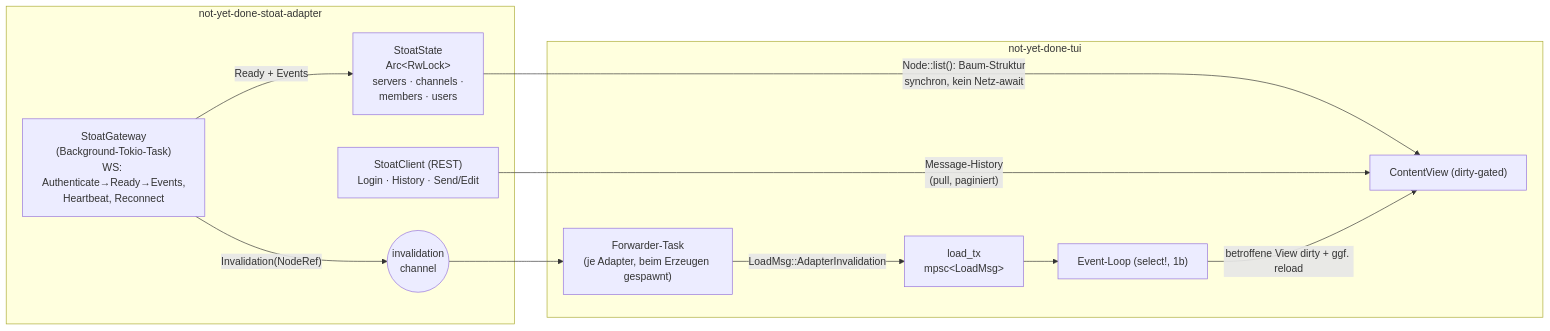
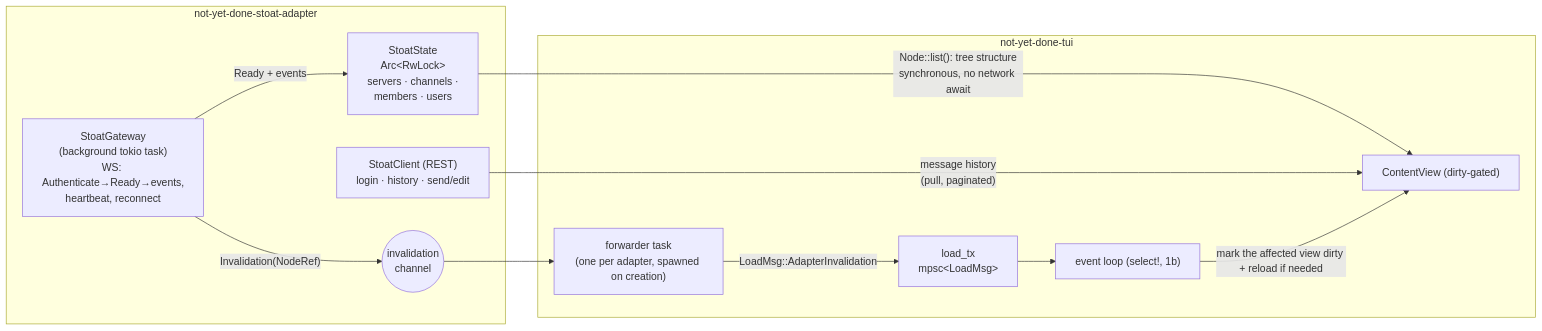
The diagram in docs/plan-stoat-adapter.md (bschnitz/not-yet-done), drawn with Mermaid before and after one commit. The commit also changed other lines of this file, not shown here.

First line of the commit message:
docs: translate the Stoat adapter plan to English

````diff
--- a/docs/plan-stoat-adapter.md
+++ b/docs/plan-stoat-adapter.md
@@ -108,24 +108,24 @@
 ```mermaid
 flowchart LR
     subgraph adapter["not-yet-done-stoat-adapter"]
-        REST["StoatClient (REST)\nLogin · History · Send/Edit"]
-        GW["StoatGateway\n(Background-Tokio-Task)\nWS: Authenticate→Ready→Events,\nHeartbeat, Reconnect"]
+        REST["StoatClient (REST)\nlogin · history · send/edit"]
+        GW["StoatGateway\n(background tokio task)\nWS: Authenticate→Ready→events,\nheartbeat, reconnect"]
         ST["StoatState\nArc&lt;RwLock&gt;\nservers · channels ·\nmembers · users"]
-        GW -->|"Ready + Events"| ST
+        GW -->|"Ready + events"| ST
         GW -->|"Invalidation(NodeRef)"| INV(("invalidation\nchannel"))
     end
 
     subgraph tui["not-yet-done-tui"]
-        FWD["Forwarder-Task\n(je Adapter, beim Erzeugen gespawnt)"]
+        FWD["forwarder task\n(one per adapter, spawned on creation)"]
         LOADTX["load_tx\nmpsc&lt;LoadMsg&gt;"]
-        LOOP["Event-Loop (select!, 1b)"]
+        LOOP["event loop (select!, 1b)"]
         VIEW["ContentView (dirty-gated)"]
     end
 
-    ST -->|"Node::list(): Baum-Struktur\nsynchron, kein Netz-await"| VIEW
-    REST -->|"Message-History\n(pull, paginiert)"| VIEW
+    ST -->|"Node::list(): tree structure\nsynchronous, no network await"| VIEW
+    REST -->|"message history\n(pull, paginated)"| VIEW
     INV --> FWD
     FWD -->|"LoadMsg::AdapterInvalidation"| LOADTX
     LOADTX --> LOOP
-    LOOP -->|"betroffene View dirty + ggf. reload"| VIEW
+    LOOP -->|"mark the affected view dirty + reload if needed"| VIEW
 ```
````
